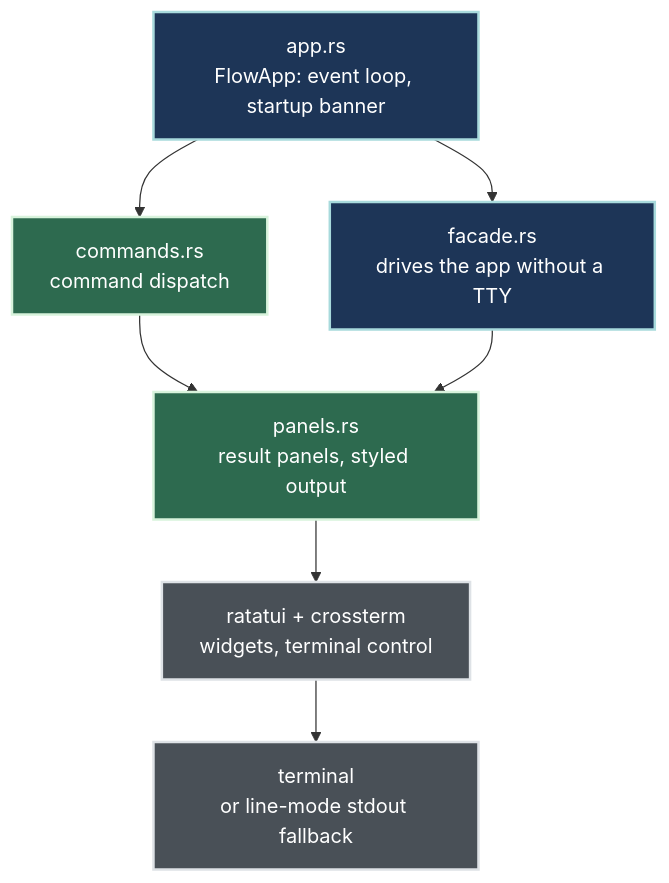
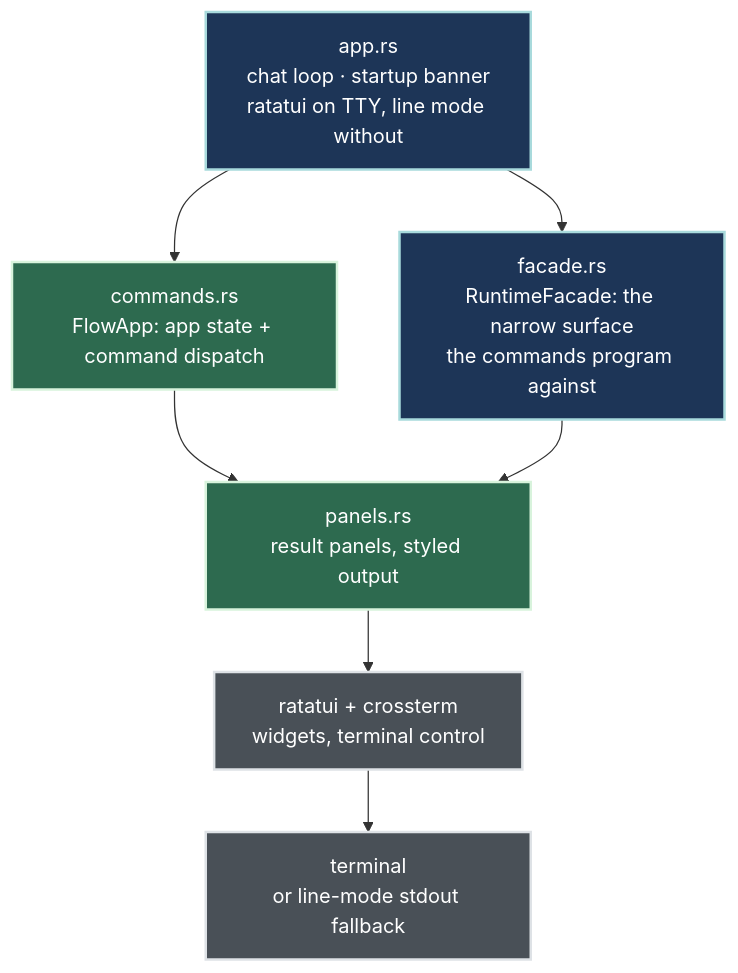
One commit to qompassai/phlow changed the fifth of 5 diagrams in docs/ARCHITECTURE.md. Above: the diagram before and after it, drawn with Mermaid. The commit also changed other lines of this file, not shown here.

Commit message:
docs: validate ARCHITECTURE.md diagrams (mermaid + tree-truth)

````diff
--- a/docs/ARCHITECTURE.md
+++ b/docs/ARCHITECTURE.md
@@ -301,24 +305,24 @@
 ```mermaid
 graph TB
     classDef ui fill:#1d3557,stroke:#a8dadc,stroke-width:2px,color:#ffffff
     classDef mid fill:#2d6a4f,stroke:#d8f3dc,stroke-width:2px,color:#ffffff
     classDef lib fill:#495057,stroke:#dee2e6,stroke-width:2px,color:#ffffff
 
-    APP["app.rs<br/>FlowApp: event loop, startup banner"]
-    FAC["facade.rs<br/>drives the app without a TTY"]
-    CMD["commands.rs<br/>command dispatch"]
+    APP["app.rs<br/>chat loop · startup banner<br/>ratatui on TTY, line mode without"]
+    FAC["facade.rs<br/>RuntimeFacade: the narrow surface<br/>the commands program against"]
+    CMD["commands.rs<br/>FlowApp: app state + command dispatch"]
     PAN["panels.rs<br/>result panels, styled output"]
     RAT["ratatui + crossterm<br/>widgets, terminal control"]
     TTY["terminal<br/>or line-mode stdout fallback"]
 
     APP --> FAC
     APP --> CMD
     CMD --> PAN
     FAC --> PAN
     PAN --> RAT
     RAT --> TTY
 
     class APP,FAC ui
     class CMD,PAN mid
     class RAT,TTY lib
 ```
````
